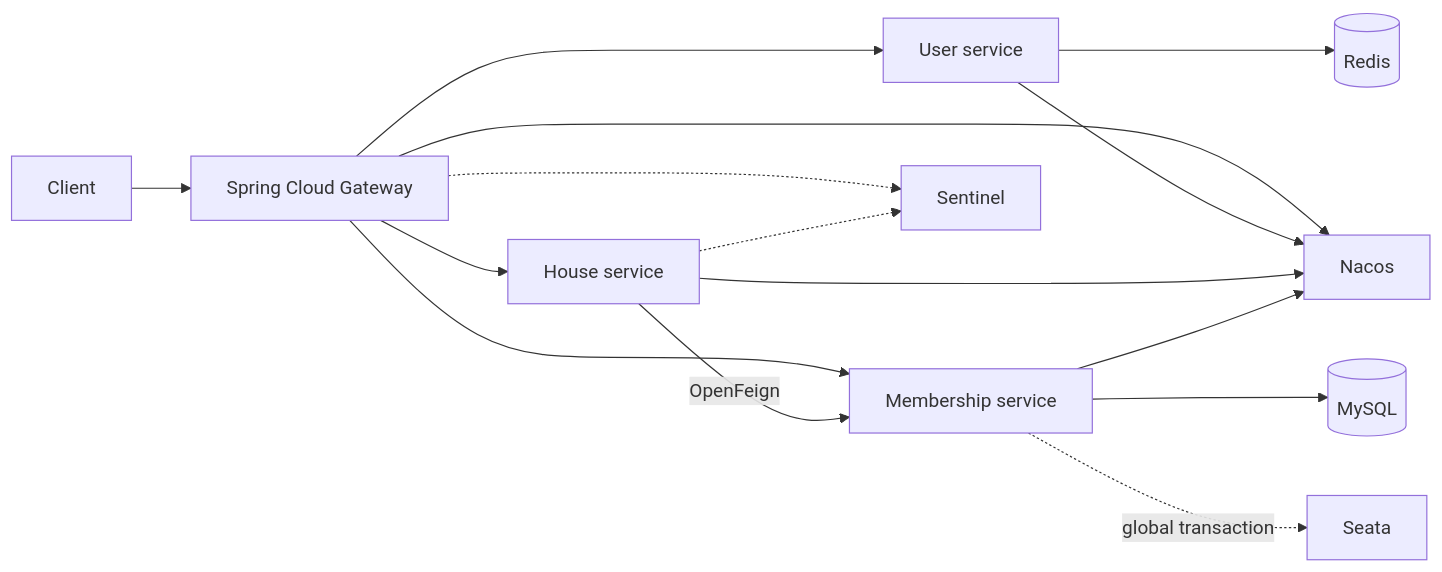
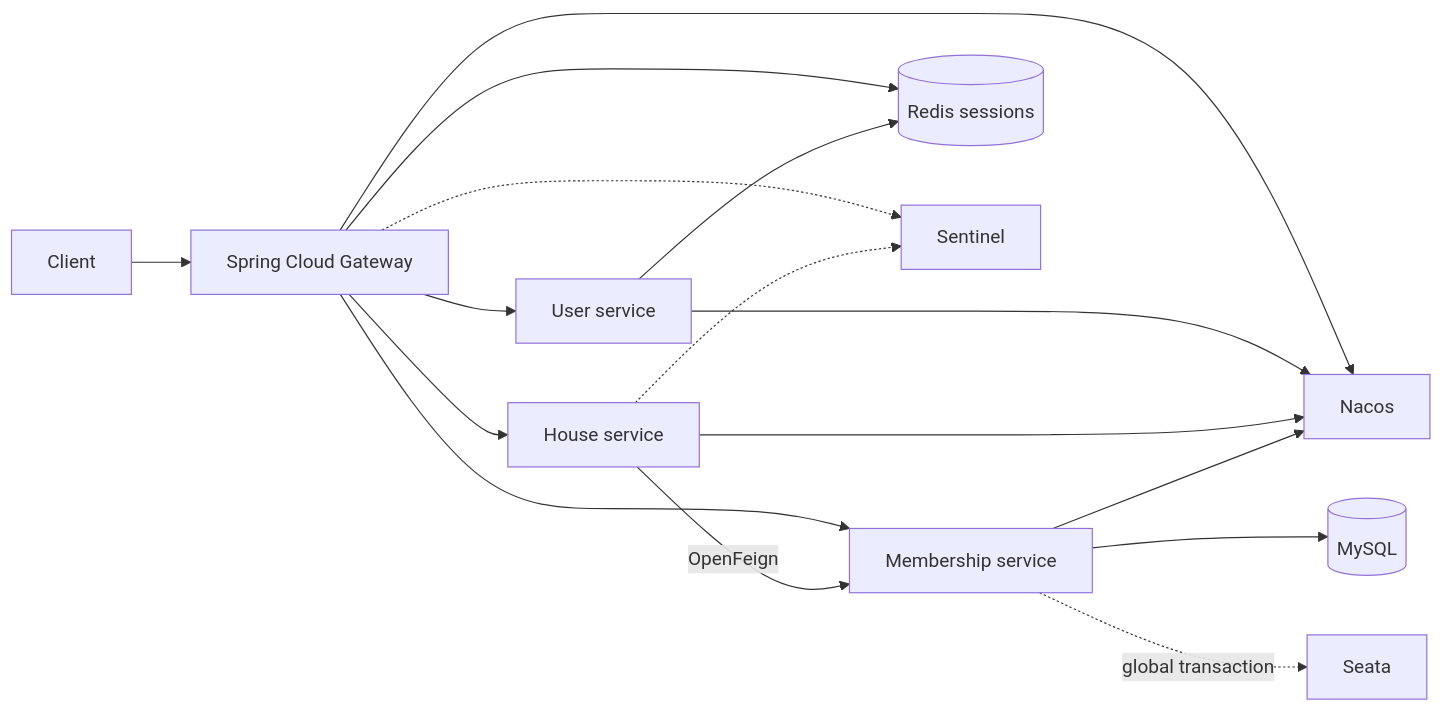
One commit to longyiwenzi-dotcom/zhongjiebang_app changed the diagram in backend/cloud-demo/README.md. Above: the diagram before and after it, drawn with Mermaid. The commit also changed other lines of this file and 18 other files, not shown here.

Commit message:
feat: secure cloud demo with gateway sessions

````diff
--- a/backend/cloud-demo/README.md
+++ b/backend/cloud-demo/README.md
@@ -15,13 +15,13 @@
 ```mermaid
 flowchart LR
     Client --> Gateway[Spring Cloud Gateway]
     Gateway --> User[User service]
     Gateway --> House[House service]
     Gateway --> Member[Membership service]
     House -->|OpenFeign| Member
-    User --> Redis[(Redis)]
+    Gateway & User --> Redis[(Redis sessions)]
     Member --> MySQL[(MySQL)]
     Gateway & House -.-> Sentinel[Sentinel]
     Gateway & User & House & Member --> Nacos[Nacos]
     Member -. global transaction .-> Seata[Seata]
 ```
````
